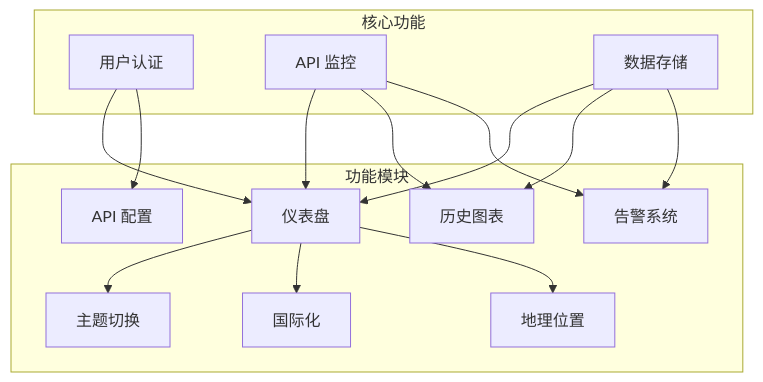
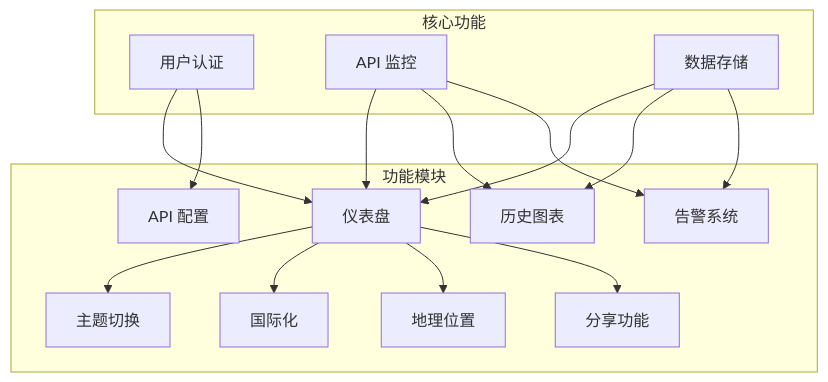
Before and after one commit to AjaCHN/LLM-API-Sentinel: the first of 5 diagrams in openspec/features.md, drawn with Mermaid. The commit also changed other lines of this file and 22 other files, not shown here.

````diff
--- a/openspec/features.md
+++ b/openspec/features.md
@@ -216,33 +262,35 @@
 ```mermaid
 graph TD
     subgraph Core[核心功能]
         Auth[用户认证]
         Monitor[API 监控]
         Data[数据存储]
     end
     
     subgraph Features[功能模块]
         Dashboard[仪表盘]
         Charts[历史图表]
         Alerts[告警系统]
         Config[API 配置]
         Theme[主题切换]
         I18n[国际化]
         Geo[地理位置]
+        Share[分享功能]
     end
     
     Auth --> Dashboard
     Auth --> Config
     
     Monitor --> Dashboard
     Monitor --> Charts
     Monitor --> Alerts
     
     Data --> Dashboard
     Data --> Charts
     Data --> Alerts
     
     Dashboard --> Theme
     Dashboard --> I18n
     Dashboard --> Geo
+    Dashboard --> Share
 ```
````
